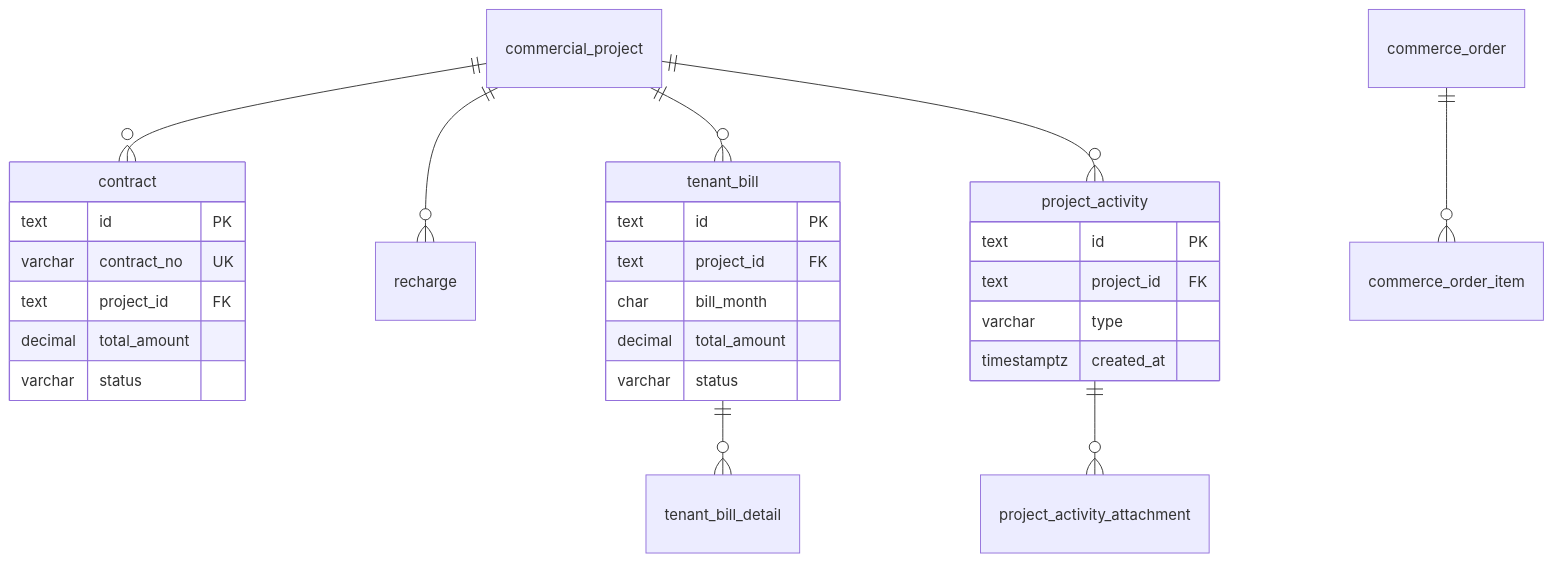
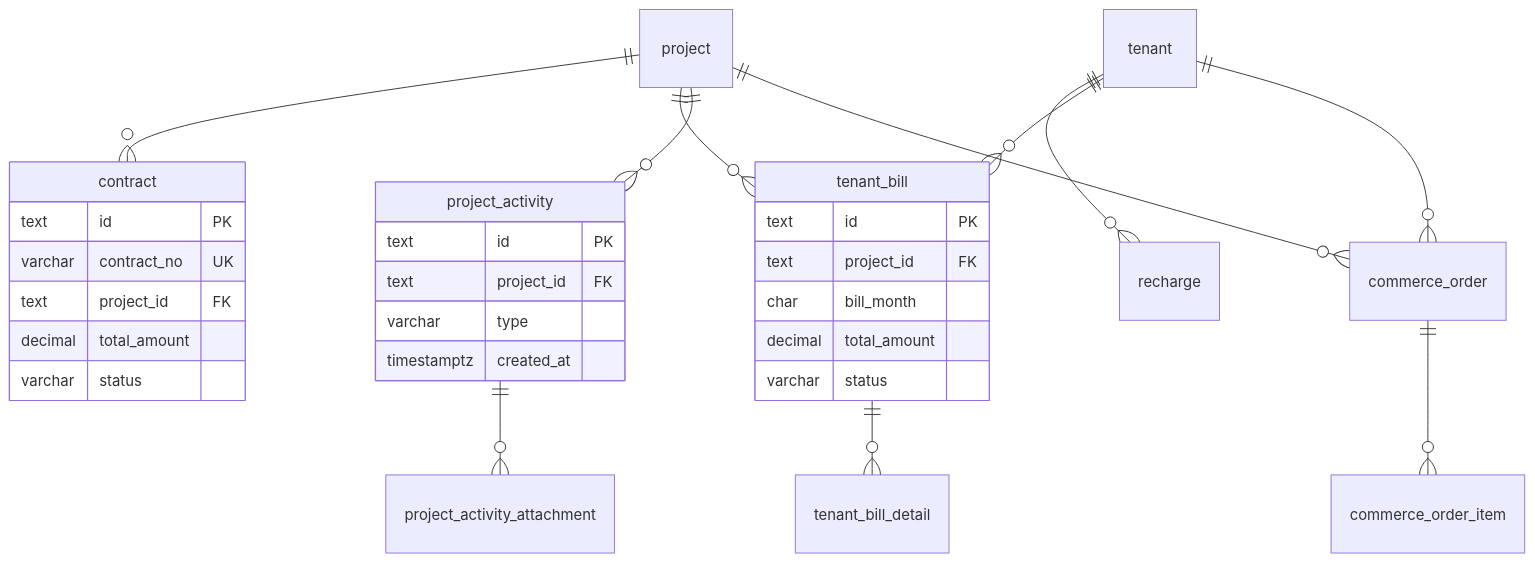
Before and after one commit to metacode0602/opencomfy-hub: the second of 3 diagrams in apps/web/content/design/crm-database.md, drawn with Mermaid. The commit also changed other lines of this file and 26 other files, not shown here.

````diff
--- a/apps/web/content/design/crm-database.md
+++ b/apps/web/content/design/crm-database.md
@@ -569,33 +704,36 @@
 ```mermaid
 erDiagram
-  commercial_project ||--o{ contract : ""
-  commercial_project ||--o{ recharge : ""
-  commercial_project ||--o{ tenant_bill : ""
+  project ||--o{ contract : ""
+  tenant ||--o{ recharge : ""
+  project ||--o{ tenant_bill : ""
+  tenant ||--o{ tenant_bill : ""
   tenant_bill ||--o{ tenant_bill_detail : ""
-  commercial_project ||--o{ project_activity : ""
+  project ||--o{ project_activity : ""
   project_activity ||--o{ project_activity_attachment : ""
+  tenant ||--o{ commerce_order : ""
+  project ||--o{ commerce_order : ""
   commerce_order ||--o{ commerce_order_item : ""
 
   contract {
     text id PK
     varchar contract_no UK
     text project_id FK
     decimal total_amount
     varchar status
   }
 
   tenant_bill {
     text id PK
     text project_id FK
     char bill_month
     decimal total_amount
     varchar status
   }
 
   project_activity {
     text id PK
     text project_id FK
     varchar type
     timestamptz created_at
   }
 ```
````
